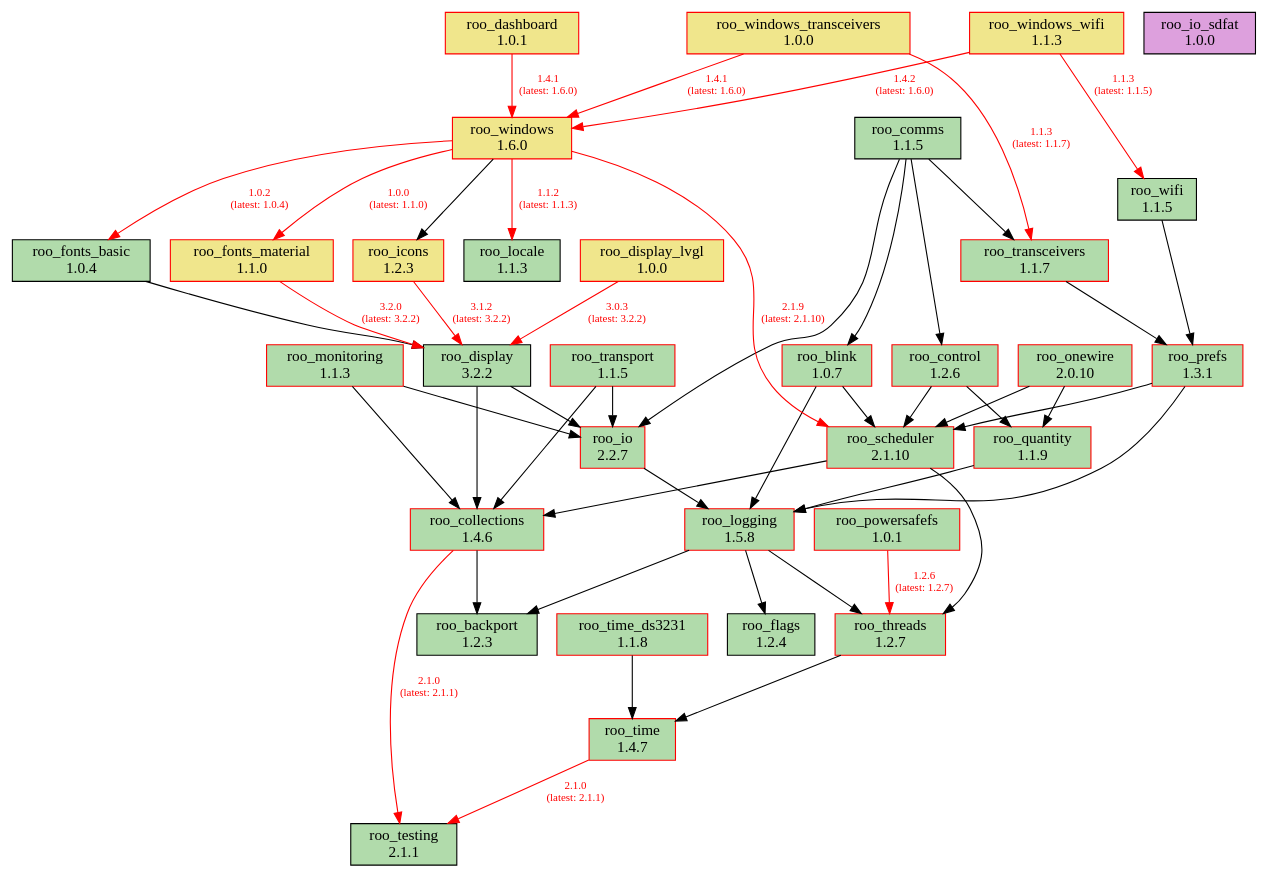
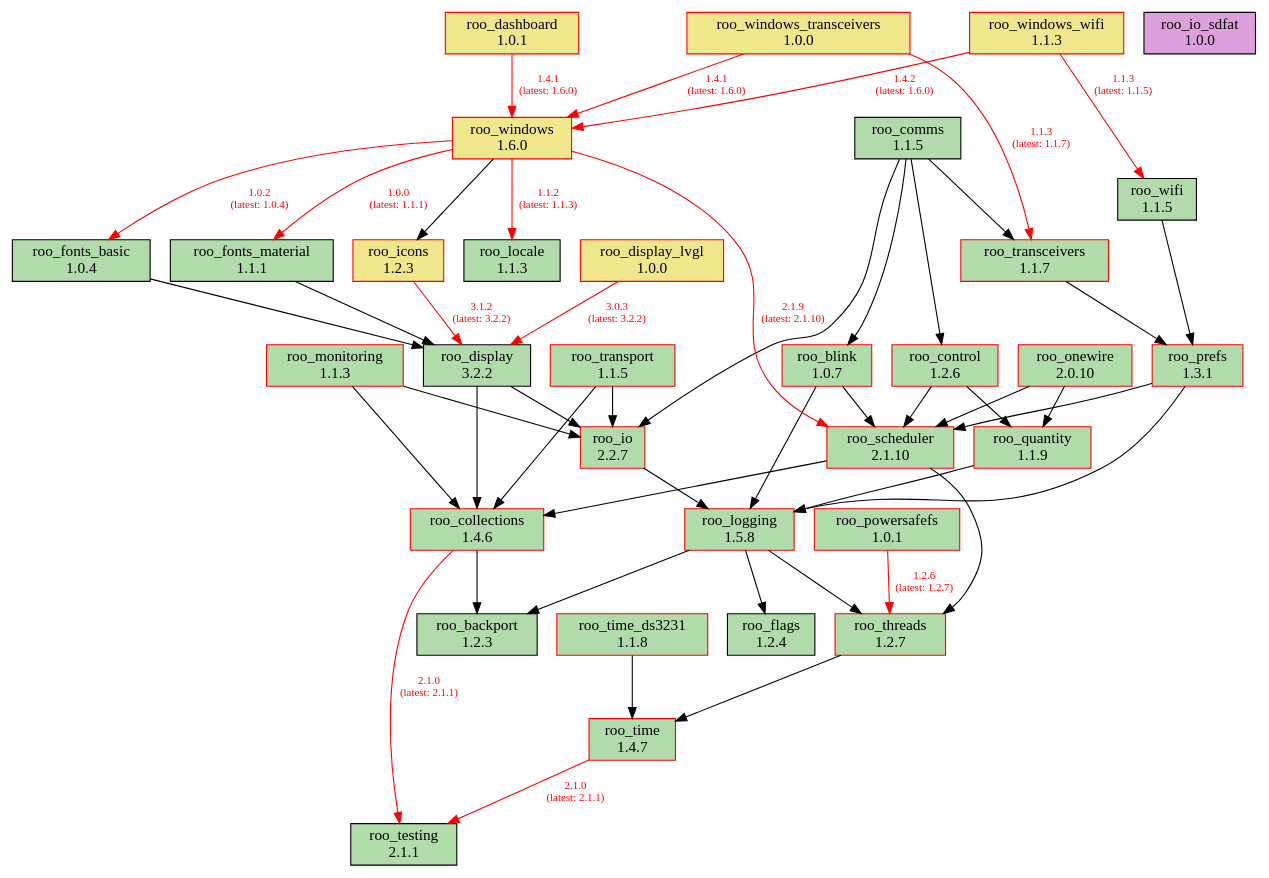
Before and after one commit to dejwk/roo-registry: the diagram in doc/dependencies.dot, drawn with Graphviz. The commit also changed 3 other files, not shown here.

Commit message:
Added roo_fonts_material 1.1.1 to the registry.

```diff
--- a/doc/dependencies.dot
+++ b/doc/dependencies.dot
@@ -1,88 +1,88 @@
 digraph dependencies {
     rankdir=TB;
     node [shape=box, style=filled];
     edge [fontsize=10];
 
     // Modules
     "roo_backport" [label="roo_backport\n1.2.3", fillcolor="#b1dbab", color="black"];
     "roo_blink" [label="roo_blink\n1.0.7", fillcolor="#b1dbab", color="red"];
     "roo_collections" [label="roo_collections\n1.4.6", fillcolor="#b1dbab", color="red"];
     "roo_comms" [label="roo_comms\n1.1.5", fillcolor="#b1dbab", color="black"];
     "roo_control" [label="roo_control\n1.2.6", fillcolor="#b1dbab", color="red"];
     "roo_dashboard" [label="roo_dashboard\n1.0.1", fillcolor="khaki", color="red"];
     "roo_display" [label="roo_display\n3.2.2", fillcolor="#b1dbab", color="black"];
     "roo_display_lvgl" [label="roo_display_lvgl\n1.0.0", fillcolor="khaki", color="red"];
     "roo_flags" [label="roo_flags\n1.2.4", fillcolor="#b1dbab", color="black"];
     "roo_fonts_basic" [label="roo_fonts_basic\n1.0.4", fillcolor="#b1dbab", color="black"];
-    "roo_fonts_material" [label="roo_fonts_material\n1.1.0", fillcolor="khaki", color="red"];
+    "roo_fonts_material" [label="roo_fonts_material\n1.1.1", fillcolor="#b1dbab", color="black"];
     "roo_icons" [label="roo_icons\n1.2.3", fillcolor="khaki", color="red"];
     "roo_io" [label="roo_io\n2.2.7", fillcolor="#b1dbab", color="red"];
     "roo_io_sdfat" [label="roo_io_sdfat\n1.0.0", fillcolor="plum", color="black"];
     "roo_locale" [label="roo_locale\n1.1.3", fillcolor="#b1dbab", color="black"];
     "roo_logging" [label="roo_logging\n1.5.8", fillcolor="#b1dbab", color="red"];
     "roo_monitoring" [label="roo_monitoring\n1.1.3", fillcolor="#b1dbab", color="red"];
     "roo_onewire" [label="roo_onewire\n2.0.10", fillcolor="#b1dbab", color="red"];
     "roo_powersafefs" [label="roo_powersafefs\n1.0.1", fillcolor="#b1dbab", color="red"];
     "roo_prefs" [label="roo_prefs\n1.3.1", fillcolor="#b1dbab", color="red"];
     "roo_quantity" [label="roo_quantity\n1.1.9", fillcolor="#b1dbab", color="red"];
     "roo_scheduler" [label="roo_scheduler\n2.1.10", fillcolor="#b1dbab", color="red"];
     "roo_testing" [label="roo_testing\n2.1.1", fillcolor="#b1dbab", color="black"];
     "roo_threads" [label="roo_threads\n1.2.7", fillcolor="#b1dbab", color="red"];
     "roo_time" [label="roo_time\n1.4.7", fillcolor="#b1dbab", color="red"];
     "roo_time_ds3231" [label="roo_time_ds3231\n1.1.8", fillcolor="#b1dbab", color="red"];
     "roo_transceivers" [label="roo_transceivers\n1.1.7", fillcolor="#b1dbab", color="red"];
     "roo_transport" [label="roo_transport\n1.1.5", fillcolor="#b1dbab", color="red"];
     "roo_wifi" [label="roo_wifi\n1.1.5", fillcolor="#b1dbab", color="black"];
     "roo_windows" [label="roo_windows\n1.6.0", fillcolor="khaki", color="red"];
     "roo_windows_transceivers" [label="roo_windows_transceivers\n1.0.0", fillcolor="khaki", color="red"];
     "roo_windows_wifi" [label="roo_windows_wifi\n1.1.3", fillcolor="khaki", color="red"];
 
     // Dependencies
     "roo_blink" -> "roo_logging";
     "roo_blink" -> "roo_scheduler";
     "roo_collections" -> "roo_testing" [color=red, fontcolor=red, label="2.1.0\n(latest: 2.1.1)"];
     "roo_collections" -> "roo_backport";
     "roo_comms" -> "roo_blink";
     "roo_comms" -> "roo_control";
     "roo_comms" -> "roo_io";
     "roo_comms" -> "roo_transceivers";
     "roo_control" -> "roo_quantity";
     "roo_control" -> "roo_scheduler";
     "roo_dashboard" -> "roo_windows" [color=red, fontcolor=red, label="1.4.1\n(latest: 1.6.0)"];
     "roo_display" -> "roo_collections";
     "roo_display" -> "roo_io";
     "roo_display_lvgl" -> "roo_display" [color=red, fontcolor=red, label="3.0.3\n(latest: 3.2.2)"];
     "roo_fonts_basic" -> "roo_display";
-    "roo_fonts_material" -> "roo_display" [color=red, fontcolor=red, label="3.2.0\n(latest: 3.2.2)"];
+    "roo_fonts_material" -> "roo_display";
     "roo_icons" -> "roo_display" [color=red, fontcolor=red, label="3.1.2\n(latest: 3.2.2)"];
     "roo_io" -> "roo_logging";
     "roo_logging" -> "roo_backport";
     "roo_logging" -> "roo_flags";
     "roo_logging" -> "roo_threads";
     "roo_monitoring" -> "roo_collections";
     "roo_monitoring" -> "roo_io";
     "roo_onewire" -> "roo_scheduler";
     "roo_onewire" -> "roo_quantity";
     "roo_powersafefs" -> "roo_threads" [color=red, fontcolor=red, label="1.2.6\n(latest: 1.2.7)"];
     "roo_prefs" -> "roo_logging";
     "roo_prefs" -> "roo_scheduler";
     "roo_quantity" -> "roo_logging";
     "roo_scheduler" -> "roo_collections";
     "roo_scheduler" -> "roo_threads";
     "roo_threads" -> "roo_time";
     "roo_time" -> "roo_testing" [color=red, fontcolor=red, label="2.1.0\n(latest: 2.1.1)"];
     "roo_time_ds3231" -> "roo_time";
     "roo_transceivers" -> "roo_prefs";
     "roo_transport" -> "roo_collections";
     "roo_transport" -> "roo_io";
     "roo_wifi" -> "roo_prefs";
     "roo_windows" -> "roo_fonts_basic" [color=red, fontcolor=red, label="1.0.2\n(latest: 1.0.4)"];
-    "roo_windows" -> "roo_fonts_material" [color=red, fontcolor=red, label="1.0.0\n(latest: 1.1.0)"];
+    "roo_windows" -> "roo_fonts_material" [color=red, fontcolor=red, label="1.0.0\n(latest: 1.1.1)"];
     "roo_windows" -> "roo_locale" [color=red, fontcolor=red, label="1.1.2\n(latest: 1.1.3)"];
     "roo_windows" -> "roo_icons";
     "roo_windows" -> "roo_scheduler" [color=red, fontcolor=red, label="2.1.9\n(latest: 2.1.10)"];
     "roo_windows_transceivers" -> "roo_transceivers" [color=red, fontcolor=red, label="1.1.3\n(latest: 1.1.7)"];
     "roo_windows_transceivers" -> "roo_windows" [color=red, fontcolor=red, label="1.4.1\n(latest: 1.6.0)"];
     "roo_windows_wifi" -> "roo_wifi" [color=red, fontcolor=red, label="1.1.3\n(latest: 1.1.5)"];
     "roo_windows_wifi" -> "roo_windows" [color=red, fontcolor=red, label="1.4.2\n(latest: 1.6.0)"];
 }
```
